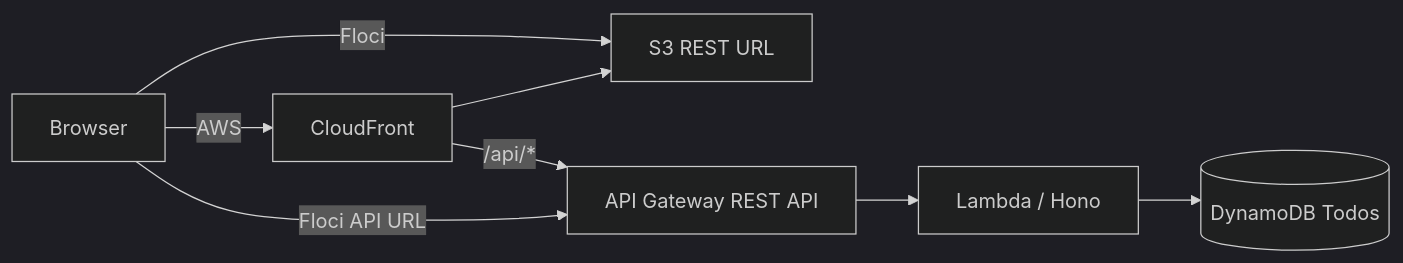
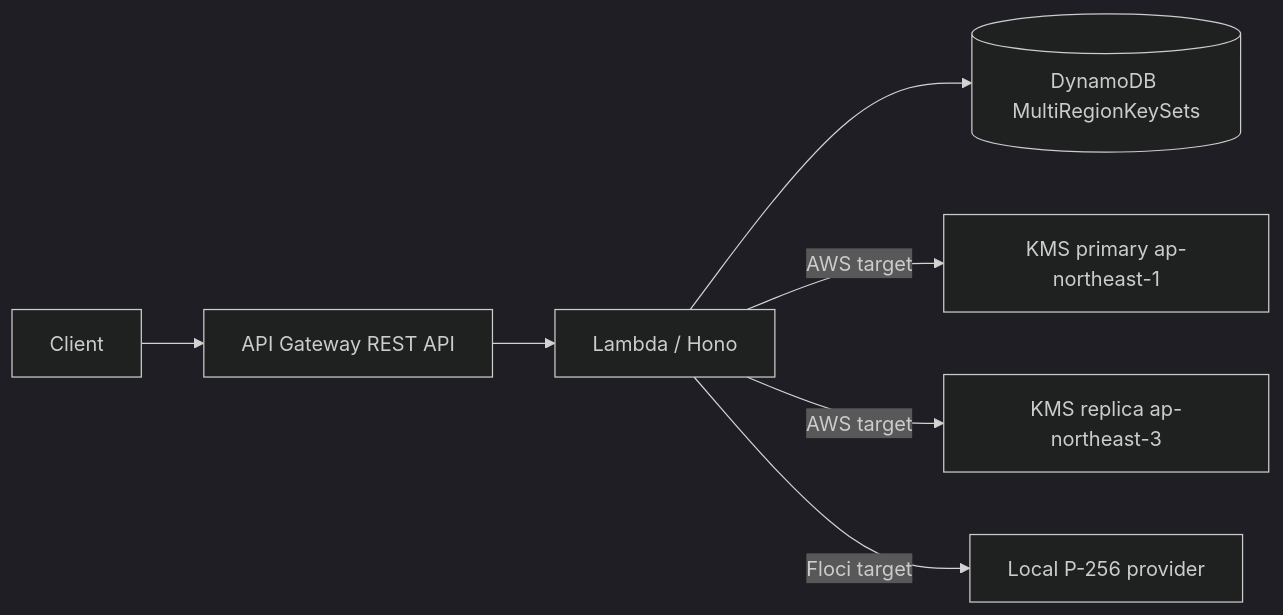
Before and after one commit to mashharuki/floci-sample: the diagram in multiregion-key/README.md, drawn with Mermaid (dark theme). The commit also changed other lines of this file and 26 other files, not shown here.

````diff
--- a/multiregion-key/README.md
+++ b/multiregion-key/README.md
@@ -27,10 +33,9 @@
 ```mermaid
 flowchart LR
-  Browser -->|AWS| CF[CloudFront]
-  Browser -->|Floci| S3[S3 REST URL]
-  CF --> S3
-  CF -->|/api/*| APIGW[API Gateway REST API]
-  Browser -->|Floci API URL| APIGW
+  Client --> APIGW[API Gateway REST API]
   APIGW --> Lambda[Lambda / Hono]
-  Lambda --> DDB[(DynamoDB Todos)]
+  Lambda --> DDB[(DynamoDB MultiRegionKeySets)]
+  Lambda -->|AWS target| KmsTokyo[KMS primary ap-northeast-1]
+  Lambda -->|AWS target| KmsOsaka[KMS replica ap-northeast-3]
+  Lambda -->|Floci target| Local[Local P-256 provider]
 ```
````
